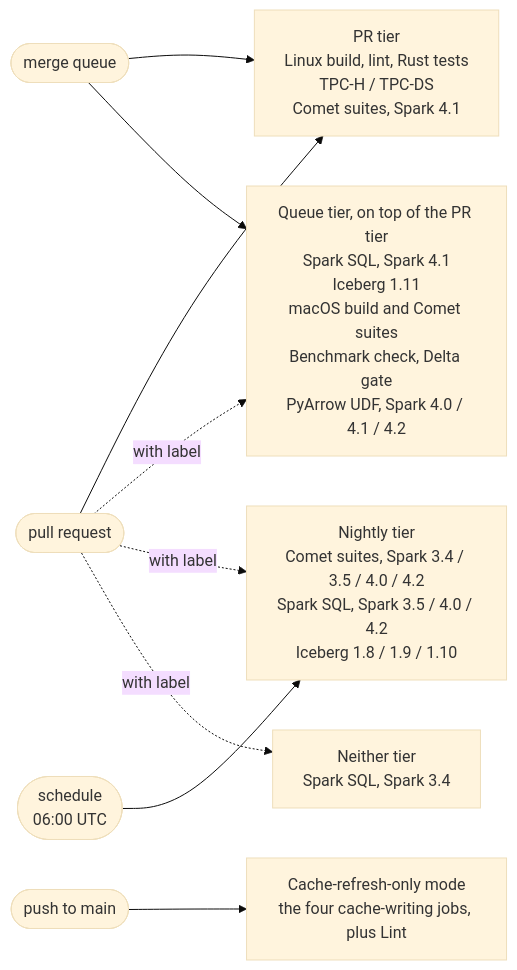
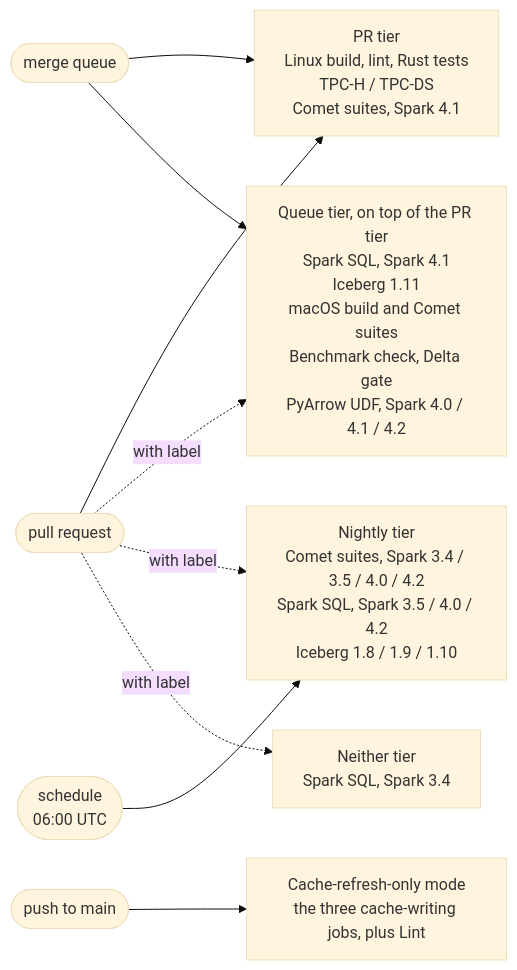
The diagram in docs/source/contributor-guide/ci.md (apache/datafusion-comet), drawn with Mermaid (base theme) before and after one commit. The commit also changed other lines of this file and 9 other files, not shown here.

````diff
--- a/docs/source/contributor-guide/ci.md
+++ b/docs/source/contributor-guide/ci.md
@@ -35,17 +35,17 @@
 ```mermaid
 flowchart LR
   PR([pull request]) --> PRTIER
   PR -. with label .-> QUEUE
   PR -. with label .-> NIGHTLY
   PR -. with label .-> S34
   MQ([merge queue]) --> PRTIER
   MQ --> QUEUE
   CRON([schedule<br>06:00 UTC]) --> NIGHTLY
   PUSH([push to main]) --> CACHE
 
   PRTIER["PR tier<br>Linux build, lint, Rust tests<br>TPC-H / TPC-DS<br>Comet suites, Spark 4.1"]
   QUEUE["Queue tier, on top of the PR tier<br>Spark SQL, Spark 4.1<br>Iceberg 1.11<br>macOS build and Comet suites<br>Benchmark check, Delta gate<br>PyArrow UDF, Spark 4.0 / 4.1 / 4.2"]
   NIGHTLY["Nightly tier<br>Comet suites, Spark 3.4 / 3.5 / 4.0 / 4.2<br>Spark SQL, Spark 3.5 / 4.0 / 4.2<br>Iceberg 1.8 / 1.9 / 1.10"]
   S34["Neither tier<br>Spark SQL, Spark 3.4"]
-  CACHE["Cache-refresh-only mode<br>the four cache-writing jobs, plus Lint"]
+  CACHE["Cache-refresh-only mode<br>the three cache-writing jobs, plus Lint"]
 ```
````
